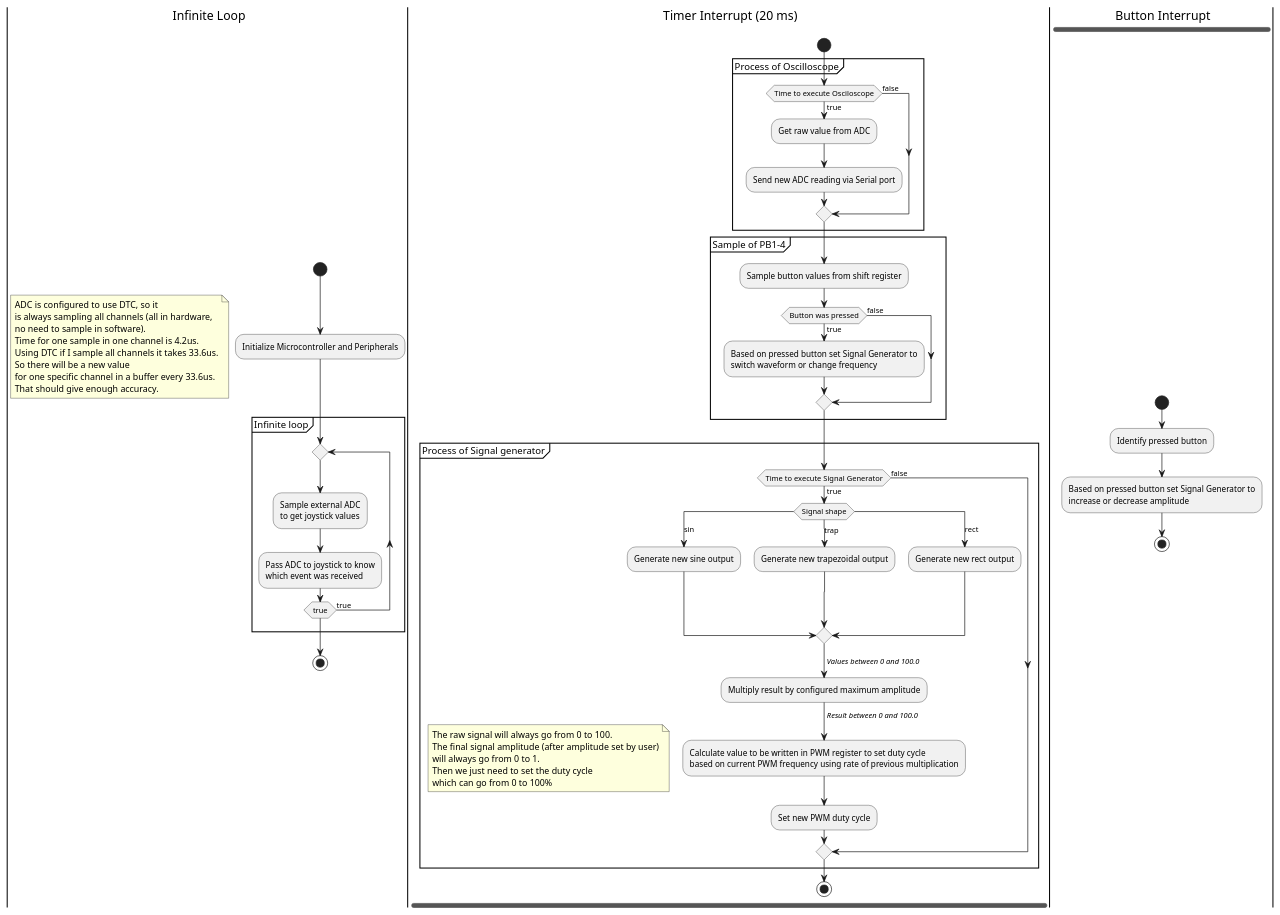
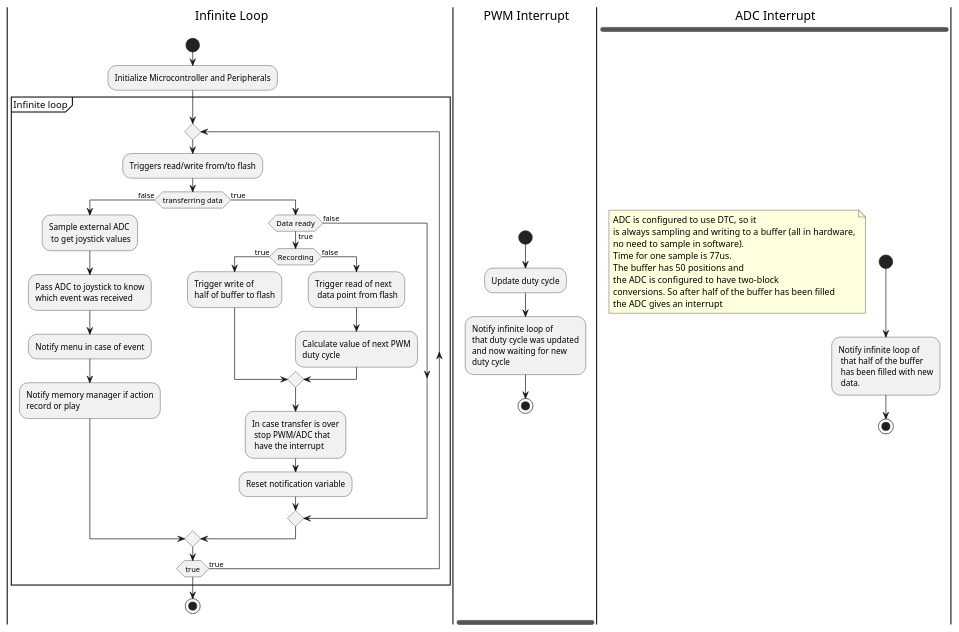
One commit to RafasLectures/advanced-microtech changed the diagram in exercise5/Audio Recorder.puml. Above: the diagram before and after it, drawn with PlantUML. The commit also changed 14 other files, not shown here.

```diff
--- a/exercise5/Audio Recorder.puml
+++ b/exercise5/Audio Recorder.puml
@@ -1,92 +1,82 @@
 @startuml
 'https://plantuml.com/activity-diagram-beta
 |a| Infinite Loop
-|b| Timer Interrupt (20 ms)
-|c| Button Interrupt
+|b| PWM Interrupt
+|c| ADC Interrupt
 
 fork
 |a|
 -[hidden]->
 start
 
 :Initialize Microcontroller and Peripherals;
-floating note
-ADC is configured to use DTC, so it
-is always sampling all channels (all in hardware,
-no need to sample in software).
-Time for one sample in one channel is 4.2us.
-Using DTC if I sample all channels it takes 33.6us.
-So there will be a new value
-for one specific channel in a buffer every 33.6us.
-That should give enough accuracy.
-endnote
+
 partition Infinite loop{
 
 repeat
- :Sample external ADC
- to get joystick values;
- :Pass ADC to joystick to know
- which event was received;
+ :Triggers read/write from/to flash;
+ if(transferring data) then (false)
+     :Sample external ADC
+      to get joystick values;
+      :Pass ADC to joystick to know
+      which event was received;
+      :Notify menu in case of event;
+      :Notify memory manager if action
+      record or play;
+ else (true)
+     if (Data ready) then (true)
+        if(Recording) then (true)
+             :Trigger write of
+             half of buffer to flash;
+        else (false)
+            :Trigger read of next
+             data point from flash;
+            :Calculate value of next PWM
+            duty cycle;
+        endif
+        :In case transfer is over
+         stop PWM/ADC that
+         have the interrupt;
+        :Reset notification variable;
+     else (false)
+    endif
+endif
+
 repeat while (true) is (true)
 
 }
 stop
 fork again
 |b|
 -[hidden]->
 start
-partition "Process of Oscilloscope" {
-if (Time to execute Osciloscope) then (true)
-    :Get raw value from ADC;
-    :Send new ADC reading via Serial port;
-else (false)
-endif
-}
-
-partition Sample of PB1-4{
-:Sample button values from shift register;
-if(Button was pressed) then (true)
-:Based on pressed button set Signal Generator to
-switch waveform or change frequency;
-else (false)
-endif
-}
-partition Process of Signal generator{
-if (Time to execute Signal Generator) then (true)
-    switch (Signal shape)
-    case (sin)
-        :Generate new sine output;
-    case (trap)
-        :Generate new trapezoidal output;
-    case (rect)
-        :Generate new rect output;
-    endswitch
-    ->//Values between 0 and 100.0//;
-    :Multiply result by configured maximum amplitude;
-    ->//Result between 0 and 100.0//;
-    :Calculate value to be written in PWM register to set duty cycle
-    based on current PWM frequency using rate of previous multiplication;
-    floating note left
-    The raw signal will always go from 0 to 100.
-    The final signal amplitude (after amplitude set by user)
-    will always go from 0 to 1.
-    Then we just need to set the duty cycle
-    which can go from 0 to 100%
-    endnote
-    :Set new PWM duty cycle;
-else (false)
-endif
-}
+:Update duty cycle;
+:Notify infinite loop of
+that duty cycle was updated
+and now waiting for new
+duty cycle;
 stop
 
 fork again
 |c|
 -[hidden]->
 start
-:Identify pressed button;
-:Based on pressed button set Signal Generator to
-increase or decrease amplitude;
+floating note
+ADC is configured to use DTC, so it
+is always sampling and writing to a buffer (all in hardware,
+no need to sample in software).
+Time for one sample is 77us.
+The buffer has 50 positions and
+the ADC is configured to have two-block
+conversions. So after half of the buffer has been filled
+the ADC gives an interrupt
+endnote
+
+:Notify infinite loop of
+ that half of the buffer
+ has been filled with new
+ data.;
 stop
 
 
 @enduml
```
